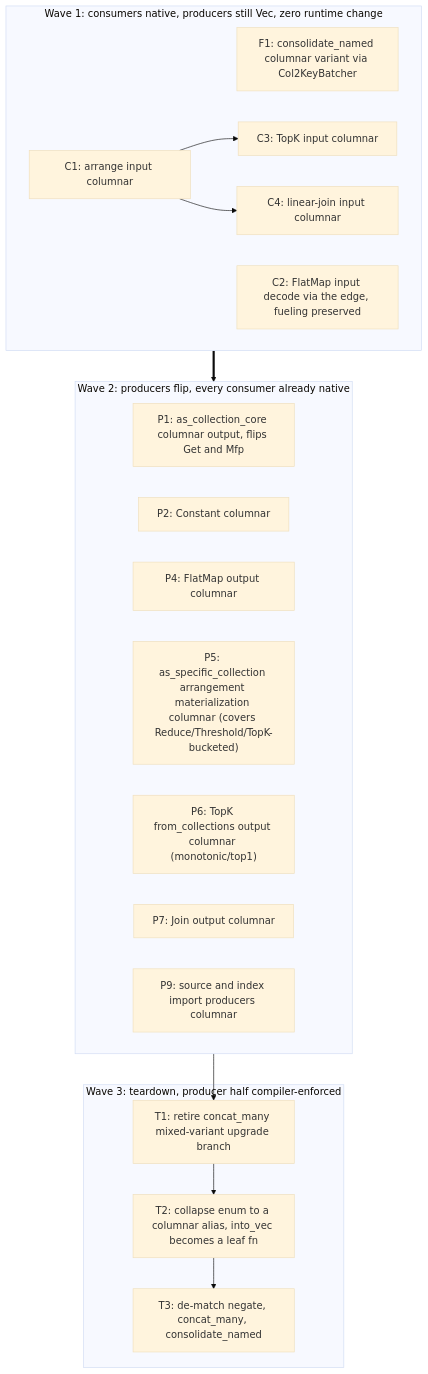
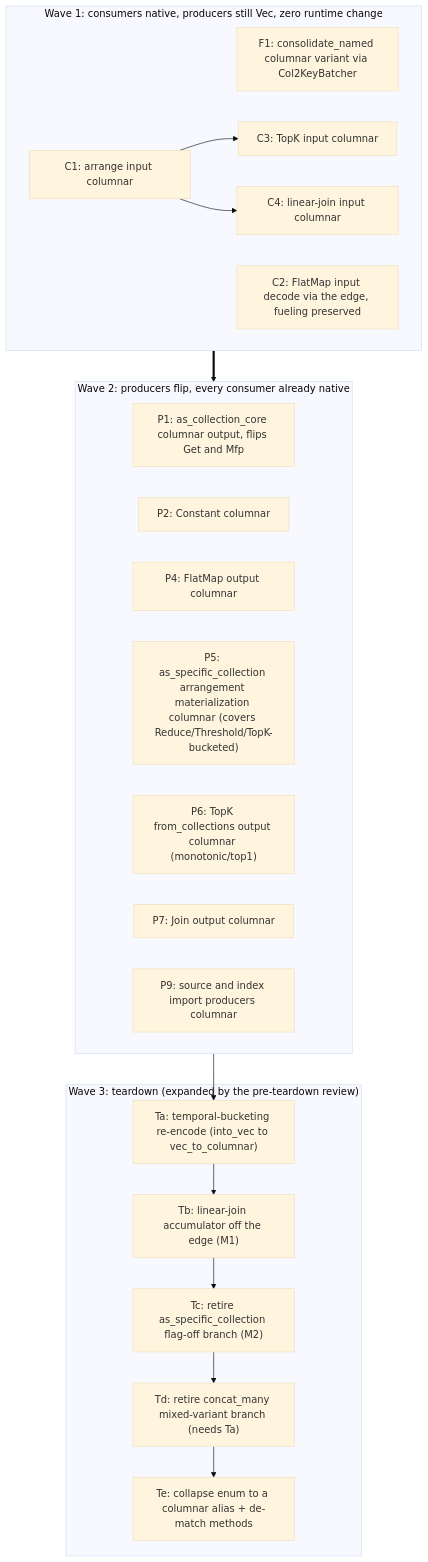
One commit to MaterializeInc/materialize changed the diagram in doc/developer/design/20260720_columnar_dataflow_edges.md. Above: the diagram before and after it, drawn with Mermaid (base theme). The commit also changed other lines of this file, not shown here.

First line of the commit message:
doc: expand teardown per pre-teardown review (GO)

````diff
--- a/doc/developer/design/20260720_columnar_dataflow_edges.md
+++ b/doc/developer/design/20260720_columnar_dataflow_edges.md
@@ -143,30 +143,34 @@
 ```mermaid
 graph TD
   subgraph Wave1["Wave 1: consumers native, producers still Vec, zero runtime change"]
     F1["F1: consolidate_named columnar variant via Col2KeyBatcher"]
     C1["C1: arrange input columnar"]
     C2["C2: FlatMap input decode via the edge, fueling preserved"]
     C3["C3: TopK input columnar"]
     C4["C4: linear-join input columnar"]
   end
   subgraph Wave2["Wave 2: producers flip, every consumer already native"]
     P1["P1: as_collection_core columnar output, flips Get and Mfp"]
     P2["P2: Constant columnar"]
     P4["P4: FlatMap output columnar"]
     P5["P5: as_specific_collection arrangement materialization columnar (covers Reduce/Threshold/TopK-bucketed)"]
     P6["P6: TopK from_collections output columnar (monotonic/top1)"]
     P7["P7: Join output columnar"]
     P9["P9: source and index import producers columnar"]
   end
-  subgraph Wave3["Wave 3: teardown, producer half compiler-enforced"]
-    T1["T1: retire concat_many mixed-variant upgrade branch"]
-    T2["T2: collapse enum to a columnar alias, into_vec becomes a leaf fn"]
-    T3["T3: de-match negate, concat_many, consolidate_named"]
+  subgraph Wave3["Wave 3: teardown (expanded by the pre-teardown review)"]
+    Ta["Ta: temporal-bucketing re-encode (into_vec to vec_to_columnar)"]
+    Tb["Tb: linear-join accumulator off the edge (M1)"]
+    Tc["Tc: retire as_specific_collection flag-off branch (M2)"]
+    Td["Td: retire concat_many mixed-variant branch (needs Ta)"]
+    Te["Te: collapse enum to a columnar alias + de-match methods"]
   end
   C1 --> C3
   C1 --> C4
   Wave1 ==> Wave2
-  Wave2 --> T1
-  T1 --> T2
-  T2 --> T3
+  Wave2 --> Ta
+  Ta --> Tb
+  Tb --> Tc
+  Tc --> Td
+  Td --> Te
 ```
````
